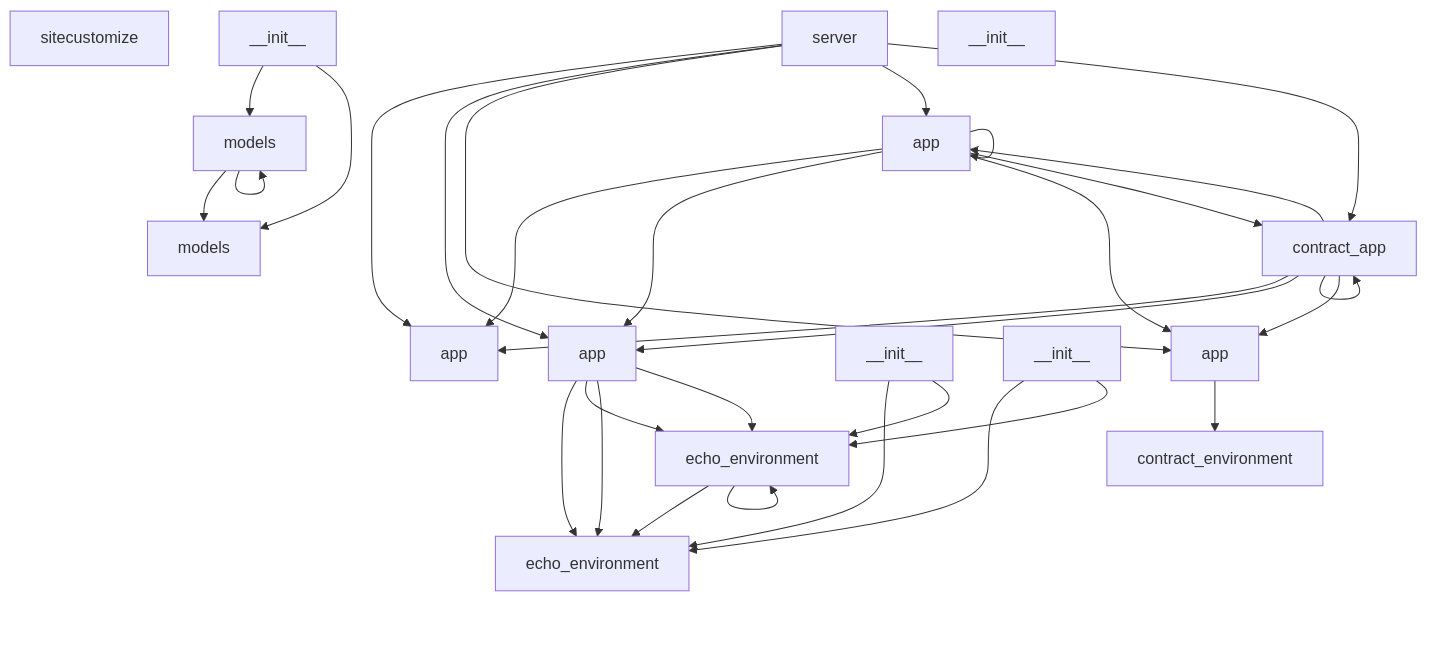
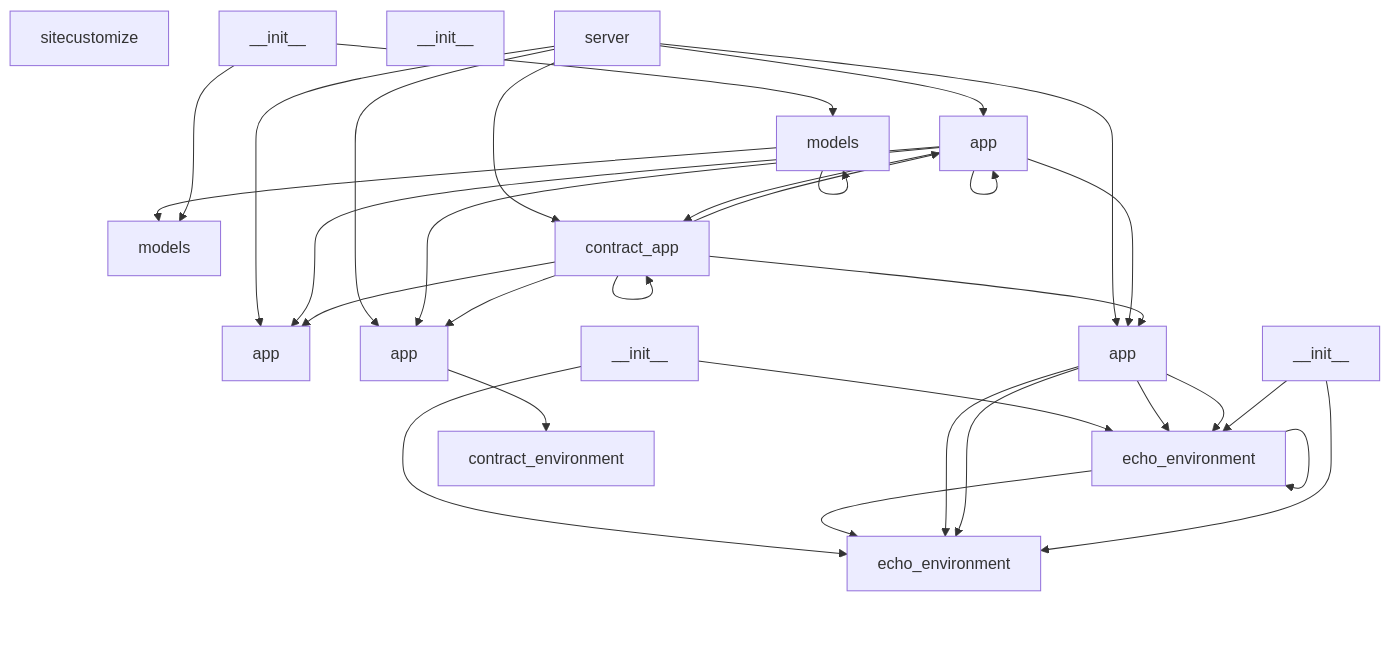
Before and after one commit to NITISH-R-G/DIALECTICA: the first of 2 diagrams in README.md, drawn with Mermaid. The commit also changed other lines of this file and 2 other files, not shown here.

Commit message:
docs: Auto-update architecture and README

````diff
--- a/README.md
+++ b/README.md
@@ -26,65 +26,65 @@
 ```mermaid
 graph TD
+    models_py["models"]
+    click models_py href "models.py" "Go to source"
+    models_py --> models_py
+    models_py --> src_echo_env_models_py
     app_py["app"]
     click app_py href "app.py" "Go to source"
     sitecustomize_py["sitecustomize"]
     click sitecustomize_py href "sitecustomize.py" "Go to source"
-    models_py["models"]
-    click models_py href "models.py" "Go to source"
-    models_py --> models_py
-    models_py --> src_echo_env_models_py
     server_py["server"]
     click server_py href "server.py" "Go to source"
     server_py --> app_py
-    server_py --> src_echo_env_server_app_py
-    server_py --> src_contract_env_server_app_py
     server_py --> server_app_py
     server_py --> server_contract_app_py
-    src_echo_env___init___py["__init__"]
-    click src_echo_env___init___py href "src/echo_env/__init__.py" "Go to source"
-    src_echo_env___init___py --> models_py
-    src_echo_env___init___py --> src_echo_env_models_py
-    src_echo_env_models_py["models"]
-    click src_echo_env_models_py href "src/echo_env/models.py" "Go to source"
-    src_echo_env_server___init___py["__init__"]
-    click src_echo_env_server___init___py href "src/echo_env/server/__init__.py" "Go to source"
-    src_echo_env_server___init___py --> src_echo_env_server_echo_environment_py
-    src_echo_env_server___init___py --> server_echo_environment_py
-    src_echo_env_server_app_py["app"]
-    click src_echo_env_server_app_py href "src/echo_env/server/app.py" "Go to source"
-    src_echo_env_server_app_py --> src_echo_env_server_echo_environment_py
-    src_echo_env_server_app_py --> server_echo_environment_py
-    src_echo_env_server_app_py --> src_echo_env_server_echo_environment_py
-    src_echo_env_server_app_py --> server_echo_environment_py
-    src_echo_env_server_echo_environment_py["echo_environment"]
-    click src_echo_env_server_echo_environment_py href "src/echo_env/server/echo_environment.py" "Go to source"
+    server_py --> src_contract_env_server_app_py
+    server_py --> src_echo_env_server_app_py
+    server_app_py["app"]
+    click server_app_py href "server/app.py" "Go to source"
+    server_app_py --> app_py
+    server_app_py --> server_app_py
+    server_app_py --> server_contract_app_py
+    server_app_py --> src_contract_env_server_app_py
+    server_app_py --> src_echo_env_server_app_py
+    server___init___py["__init__"]
+    click server___init___py href "server/__init__.py" "Go to source"
+    server___init___py --> server_echo_environment_py
+    server___init___py --> src_echo_env_server_echo_environment_py
+    server_echo_environment_py["echo_environment"]
+    click server_echo_environment_py href "server/echo_environment.py" "Go to source"
+    server_echo_environment_py --> server_echo_environment_py
+    server_echo_environment_py --> src_echo_env_server_echo_environment_py
+    server_contract_app_py["contract_app"]
+    click server_contract_app_py href "server/contract_app.py" "Go to source"
+    server_contract_app_py --> app_py
+    server_contract_app_py --> server_app_py
+    server_contract_app_py --> server_contract_app_py
+    server_contract_app_py --> src_contract_env_server_app_py
+    server_contract_app_py --> src_echo_env_server_app_py
     src_contract_env___init___py["__init__"]
     click src_contract_env___init___py href "src/contract_env/__init__.py" "Go to source"
     src_contract_env_server_app_py["app"]
     click src_contract_env_server_app_py href "src/contract_env/server/app.py" "Go to source"
     src_contract_env_server_app_py --> src_contract_env_server_contract_environment_py
     src_contract_env_server_contract_environment_py["contract_environment"]
     click src_contract_env_server_contract_environment_py href "src/contract_env/server/contract_environment.py" "Go to source"
-    server___init___py["__init__"]
-    click server___init___py href "server/__init__.py" "Go to source"
-    server___init___py --> src_echo_env_server_echo_environment_py
-    server___init___py --> server_echo_environment_py
-    server_app_py["app"]
-    click server_app_py href "server/app.py" "Go to source"
-    server_app_py --> app_py
-    server_app_py --> src_echo_env_server_app_py
-    server_app_py --> src_contract_env_server_app_py
-    server_app_py --> server_app_py
-    server_app_py --> server_contract_app_py
-    server_contract_app_py["contract_app"]
-    click server_contract_app_py href "server/contract_app.py" "Go to source"
-    server_contract_app_py --> app_py
-    server_contract_app_py --> src_echo_env_server_app_py
-    server_contract_app_py --> src_contract_env_server_app_py
-    server_contract_app_py --> server_app_py
-    server_contract_app_py --> server_contract_app_py
-    server_echo_environment_py["echo_environment"]
-    click server_echo_environment_py href "server/echo_environment.py" "Go to source"
-    server_echo_environment_py --> src_echo_env_server_echo_environment_py
-    server_echo_environment_py --> server_echo_environment_py
+    src_echo_env_models_py["models"]
+    click src_echo_env_models_py href "src/echo_env/models.py" "Go to source"
+    src_echo_env___init___py["__init__"]
+    click src_echo_env___init___py href "src/echo_env/__init__.py" "Go to source"
+    src_echo_env___init___py --> models_py
+    src_echo_env___init___py --> src_echo_env_models_py
+    src_echo_env_server_app_py["app"]
+    click src_echo_env_server_app_py href "src/echo_env/server/app.py" "Go to source"
+    src_echo_env_server_app_py --> server_echo_environment_py
+    src_echo_env_server_app_py --> src_echo_env_server_echo_environment_py
+    src_echo_env_server_app_py --> server_echo_environment_py
+    src_echo_env_server_app_py --> src_echo_env_server_echo_environment_py
+    src_echo_env_server___init___py["__init__"]
+    click src_echo_env_server___init___py href "src/echo_env/server/__init__.py" "Go to source"
+    src_echo_env_server___init___py --> server_echo_environment_py
+    src_echo_env_server___init___py --> src_echo_env_server_echo_environment_py
+    src_echo_env_server_echo_environment_py["echo_environment"]
+    click src_echo_env_server_echo_environment_py href "src/echo_env/server/echo_environment.py" "Go to source"
 ```
````
